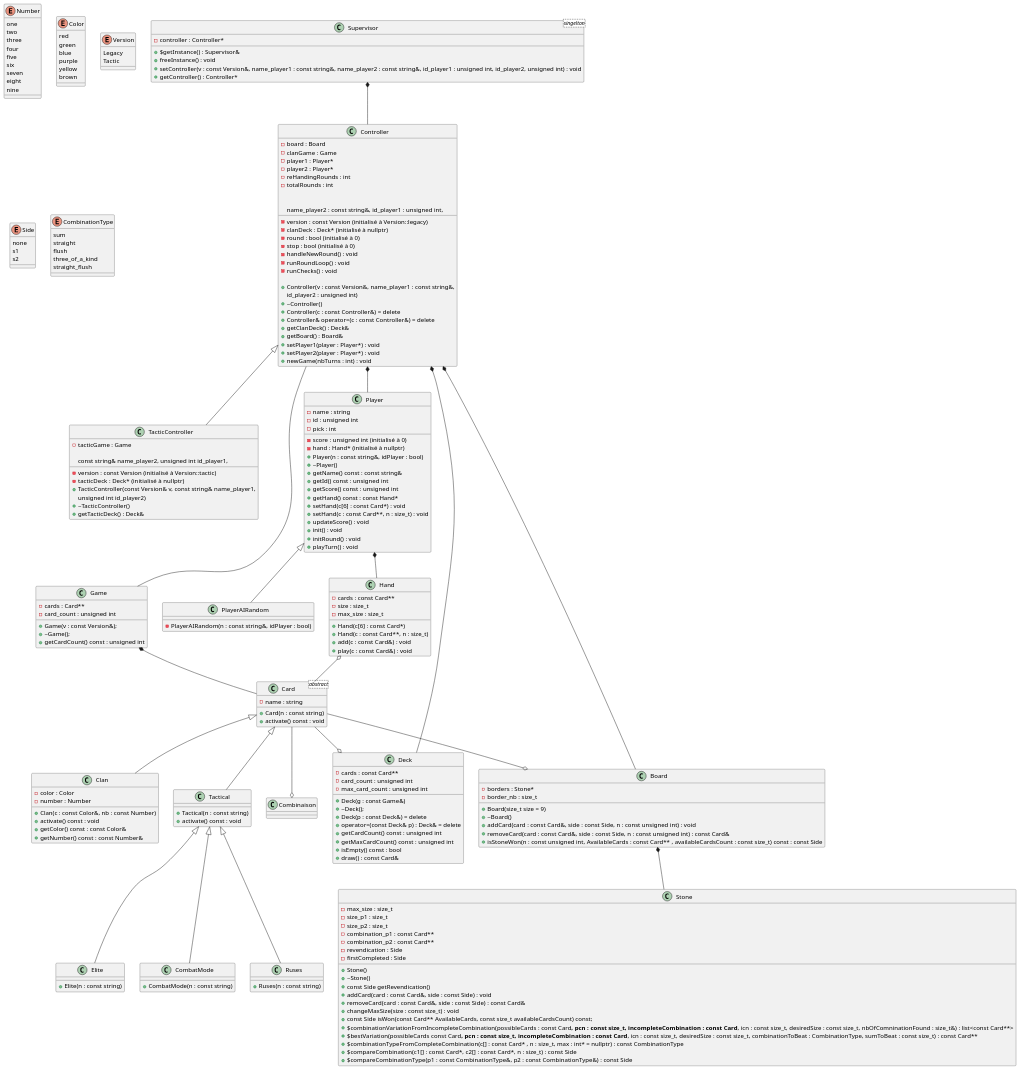
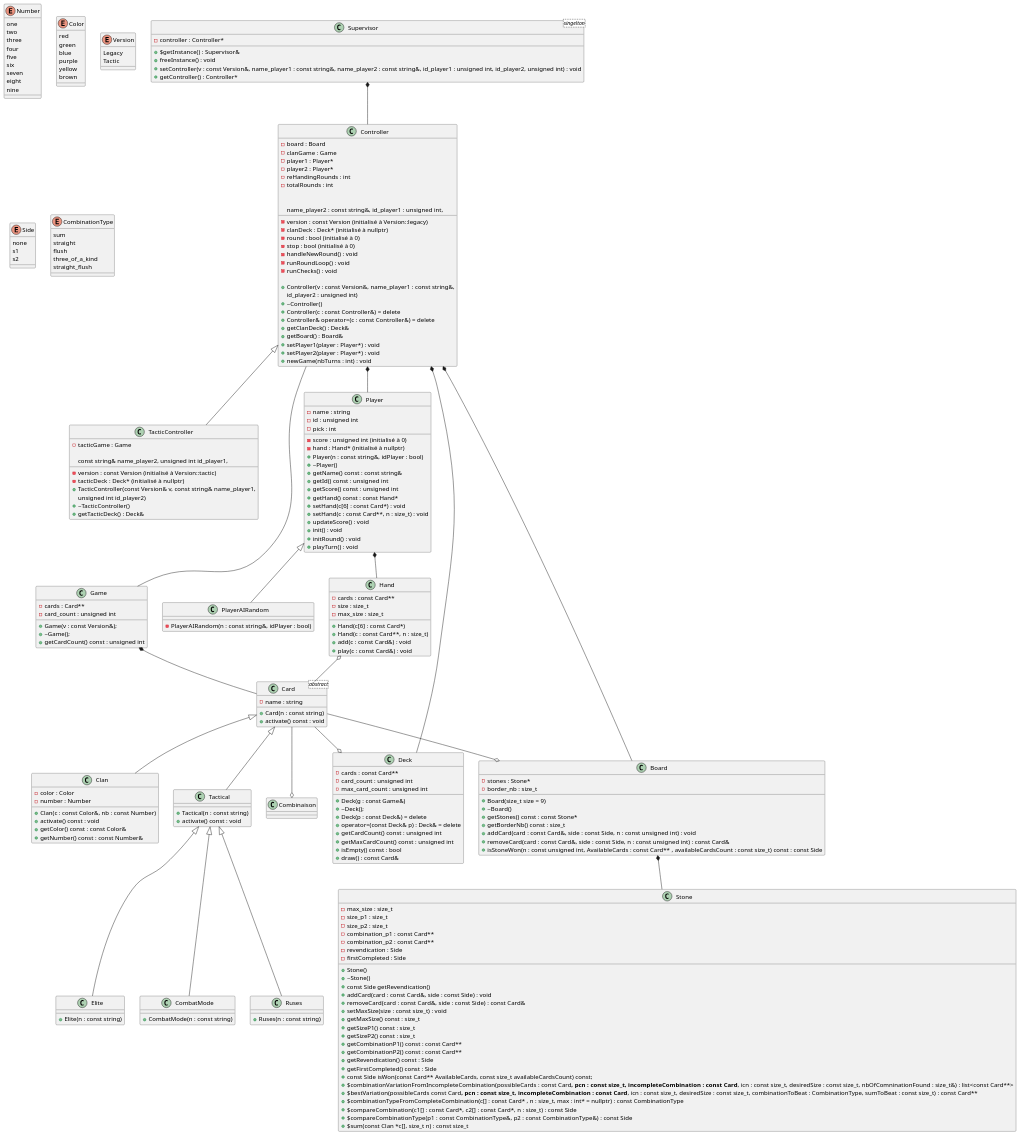
One commit to Ryustiel/LO21-Projet changed the diagram in uml.plantuml. Above: the diagram before and after it, drawn with PlantUML. The commit also changed 2 other files, not shown here.

Commit message:
Update UML + corrections code
combination_p1 et combination_p2 ne sont pas const !!!

```diff
--- a/uml.plantuml
+++ b/uml.plantuml
@@ -201,21 +201,31 @@
     + const Side getRevendication()
     + addCard(card : const Card&, side : const Side) : void 
     + removeCard(card : const Card&, side : const Side) : const Card& 
-	+ changeMaxSize(size : const size_t) : void
+	+ setMaxSize(size : const size_t) : void
+    + getMaxSize() const : size_t
+    + getSizeP1() const : size_t
+    + getSizeP2() const : size_t
+    + getCombinationP1() const : const Card**
+    + getCombinationP2() const : const Card**
+    + getRevendication() const : Side
+    + getFirstCompleted() const : Side
     + const Side isWon(const Card** AvailableCards, const size_t availableCardsCount) const;
 	+ $combinationVariationFromIncompleteCombination(possibleCards : const Card**, pcn : const size_t, incompleteCombination : const Card**, icn : const size_t, desiredSize : const size_t, nbOfComninationFound : size_t&) : list<const Card**> 
     + $bestVariation(possibleCards const Card**, pcn : const size_t, incompleteCombination : const Card**, icn : const size_t, desiredSize : const size_t, combinationToBeat : CombinationType, sumToBeat : const size_t) : const Card**
     + $combinationTypeFromCompleteCombination(c[] : const Card* , n : size_t, max : int* = nullptr) : const CombinationType
     + $compareCombination(c1[] : const Card*, c2[] : const Card*, n : size_t) : const Side
-    + $compareCombinationType(p1 : const CombinationType&, p2 : const CombinationType&) : const Side 
+    + $compareCombinationType(p1 : const CombinationType&, p2 : const CombinationType&) : const Side
+    + $sum(const Clan *c[], size_t n) : const size_t
 }
 
 class Board {
-    - borders : Stone*
+    - stones : Stone*
 	- border_nb : size_t
 
     + Board(size_t size = 9)
     + ~Board()
+    + getStones() const : const Stone*
+    + getBorderNb() const : size_t
     + addCard(card : const Card&, side : const Side, n : const unsigned int) : void
     + removeCard(card : const Card&, side : const Side, n : const unsigned int) : const Card&
     + isStoneWon(n : const unsigned int, AvailableCards : const Card** , availableCardsCount : const size_t) const : const Side
@@ -254,6 +264,4 @@
 
 Hand o-- Card
 
-
-
 @enduml
```
